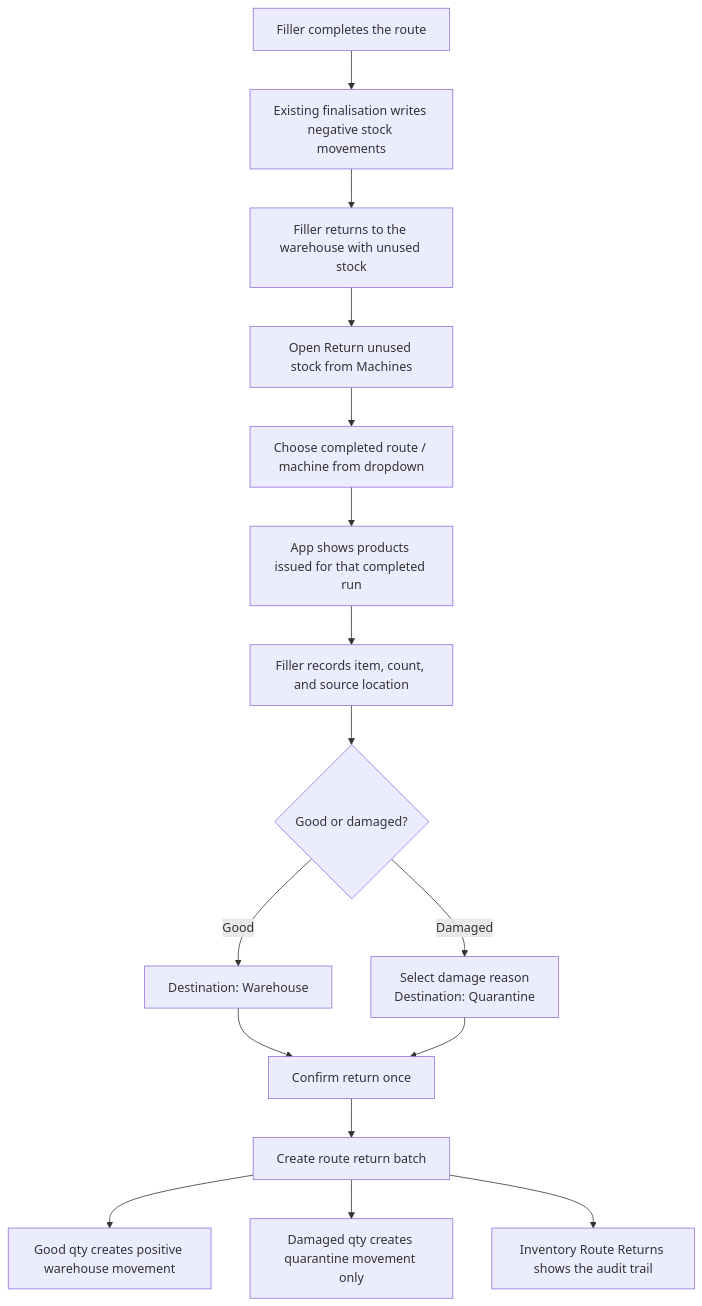
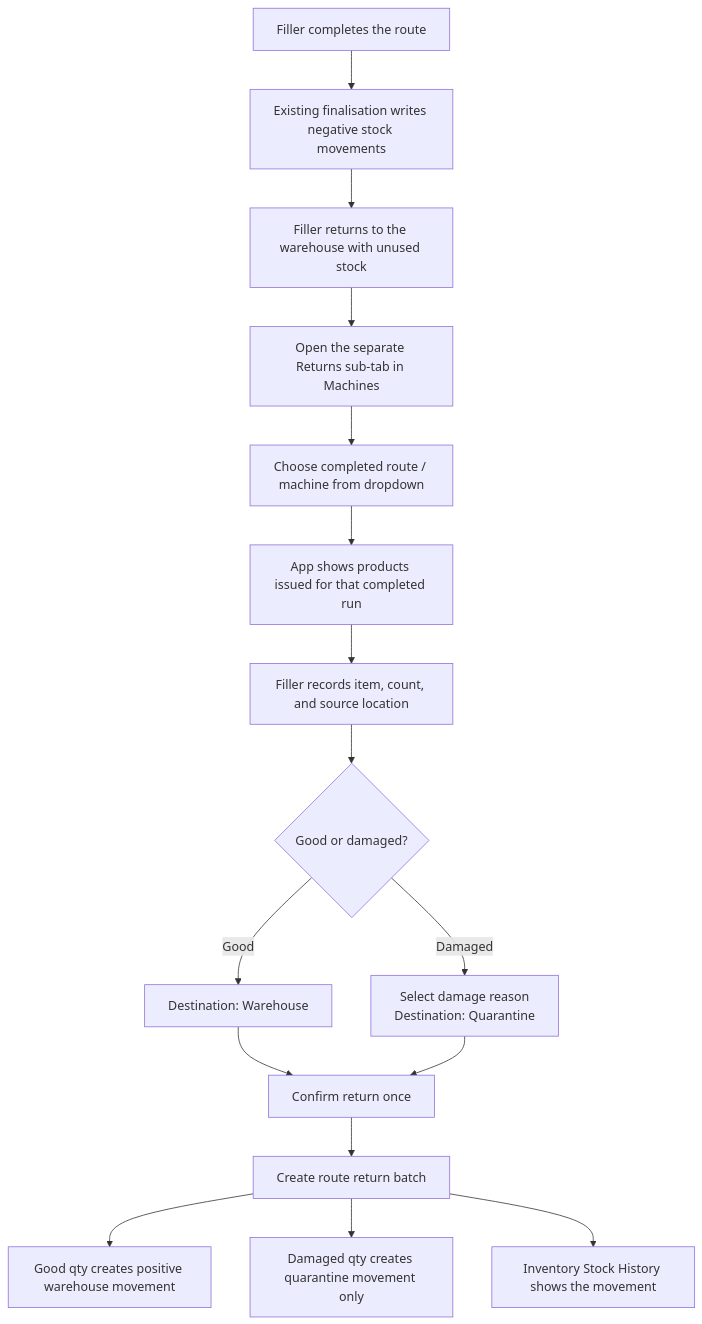
One commit to josh441/gameguys-proposed-ui changed the third of 7 diagrams in BUILD-PLAN.md. Above: the diagram before and after it, drawn with Mermaid. The commit also changed other lines of this file and 8 other files, not shown here.

Commit message:
feat: refine stock returns and Nayax pricing

````diff
--- a/BUILD-PLAN.md
+++ b/BUILD-PLAN.md
@@ -197,18 +210,18 @@
 ```mermaid
 flowchart TD
   A[Filler completes the route] --> B[Existing finalisation writes negative stock movements]
   B --> C[Filler returns to the warehouse with unused stock]
-  C --> D[Open Return unused stock from Machines]
+  C --> D[Open the separate Returns sub-tab in Machines]
   D --> E[Choose completed route / machine from dropdown]
   E --> F0[App shows products issued for that completed run]
   F0 --> F[Filler records item, count, and source location]
   F --> G{Good or damaged?}
   G -- Good --> H[Destination: Warehouse]
   G -- Damaged --> Q[Select damage reason<br/>Destination: Quarantine]
   H --> K[Confirm return once]
   Q --> K
   K --> L[Create route return batch]
   L --> I[Good qty creates positive warehouse movement]
   L --> X[Damaged qty creates quarantine movement only]
-  L --> J[Inventory Route Returns shows the audit trail]
+  L --> J[Inventory Stock History shows the movement]
 ```
````
